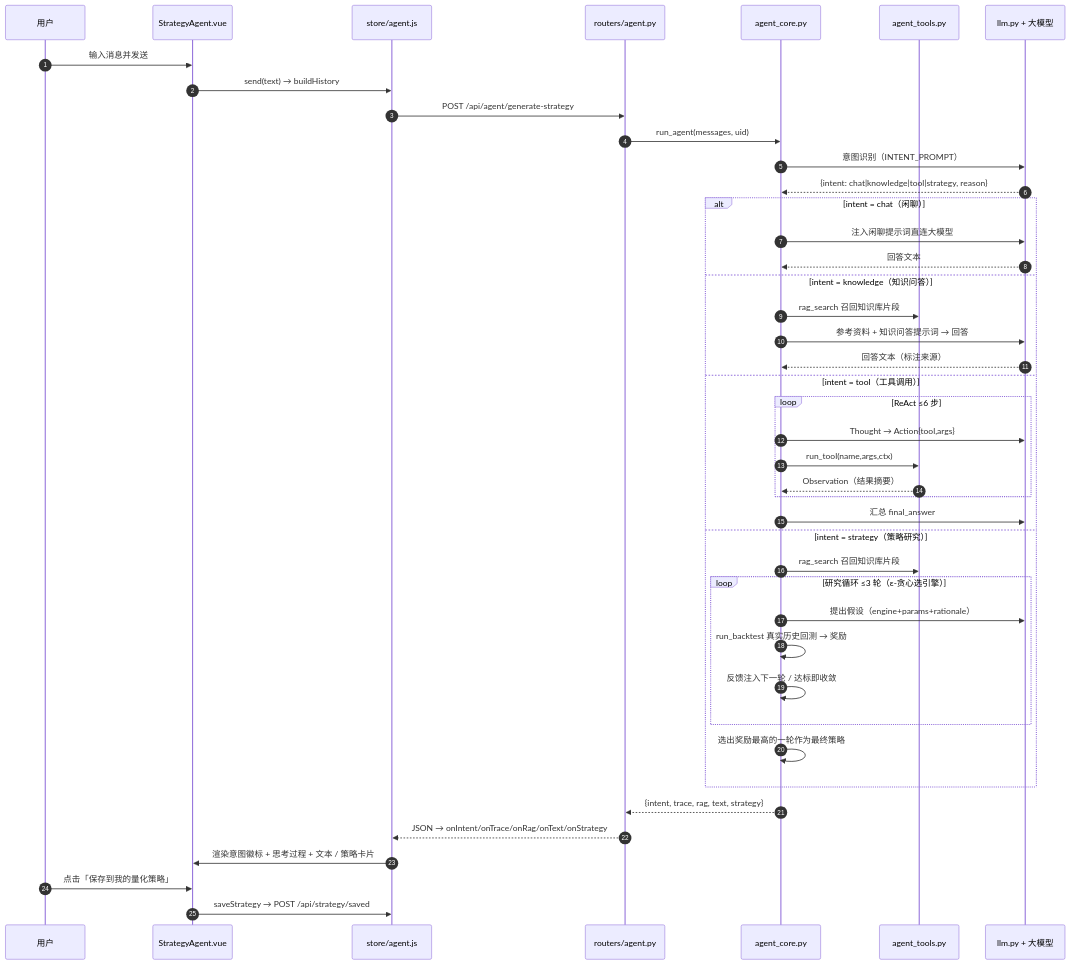
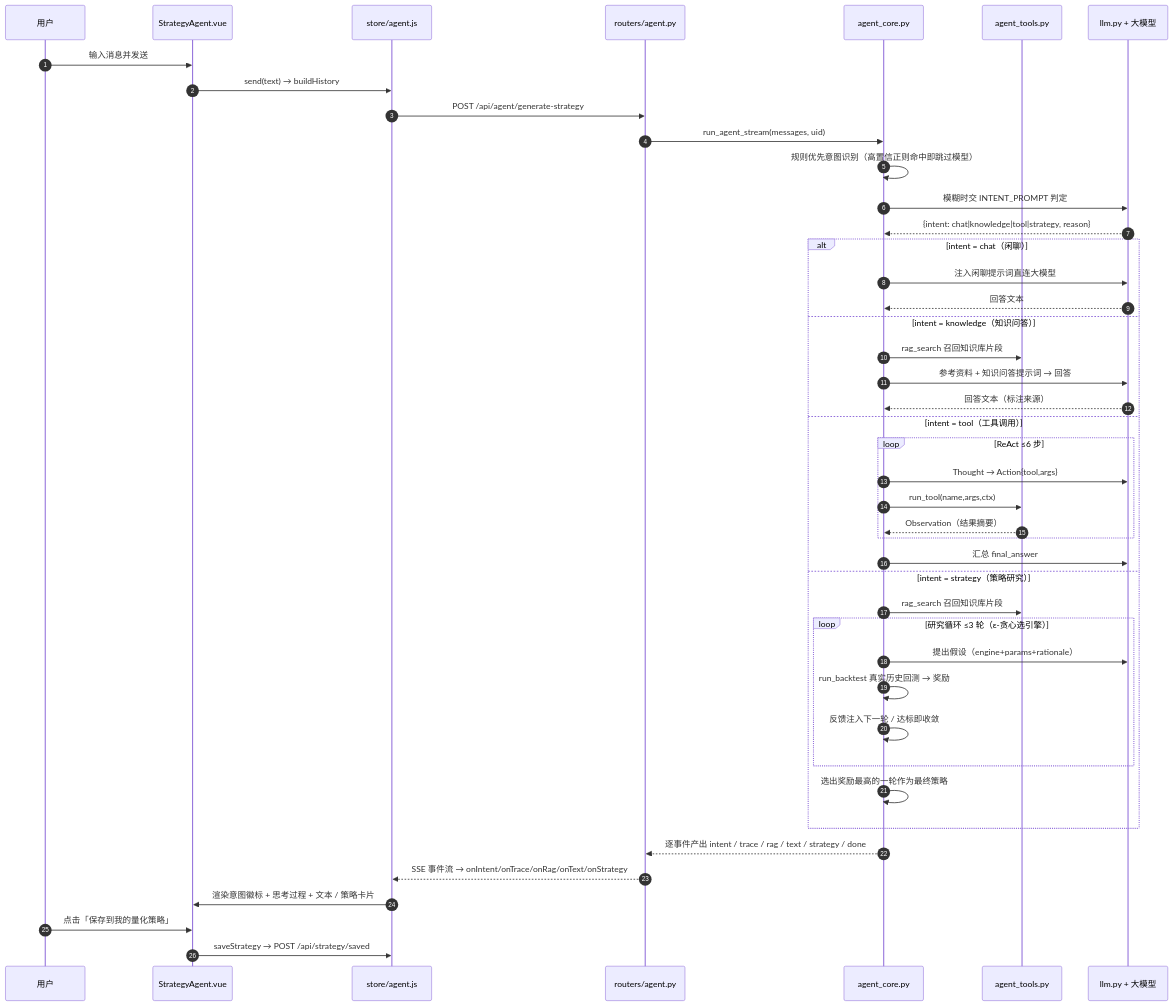
One commit to Song-Yingji/Iktsuarpok changed the sixth of 11 diagrams in README.md. Above: the diagram before and after it, drawn with Mermaid. The commit also changed other lines of this file and 1 other file, not shown here.

````diff
--- a/README.md
+++ b/README.md
@@ -464,46 +466,47 @@
 ```mermaid
 sequenceDiagram
     autonumber
     participant U as 用户
     participant V as StrategyAgent.vue
     participant S as store/agent.js
     participant M as routers/agent.py
     participant C as agent_core.py
     participant T as agent_tools.py
     participant L as llm.py + 大模型
 
     U->>V: 输入消息并发送
     V->>S: send(text) → buildHistory
     S->>M: POST /api/agent/generate-strategy
-    M->>C: run_agent(messages, uid)
-    C->>L: 意图识别（INTENT_PROMPT）
+    M->>C: run_agent_stream(messages, uid)
+    C->>C: 规则优先意图识别（高置信正则命中即跳过模型）
+    C->>L: 模糊时交 INTENT_PROMPT 判定
     L-->>C: {intent: chat|knowledge|tool|strategy, reason}
     alt intent = chat（闲聊）
         C->>L: 注入闲聊提示词直连大模型
         L-->>C: 回答文本
     else intent = knowledge（知识问答）
         C->>T: rag_search 召回知识库片段
         C->>L: 参考资料 + 知识问答提示词 → 回答
         L-->>C: 回答文本（标注来源）
     else intent = tool（工具调用）
         loop ReAct ≤6 步
             C->>L: Thought → Action{tool,args}
             C->>T: run_tool(name,args,ctx)
             T-->>C: Observation（结果摘要）
         end
         C->>L: 汇总 final_answer
     else intent = strategy（策略研究）
         C->>T: rag_search 召回知识库片段
         loop 研究循环 ≤3 轮（ε-贪心选引擎）
             C->>L: 提出假设（engine+params+rationale）
             C->>C: run_backtest 真实历史回测 → 奖励
             C->>C: 反馈注入下一轮 / 达标即收敛
         end
         C->>C: 选出奖励最高的一轮作为最终策略
     end
-    C-->>M: {intent, trace, rag, text, strategy}
-    M-->>S: JSON → onIntent/onTrace/onRag/onText/onStrategy
+    C-->>M: 逐事件产出 intent / trace / rag / text / strategy / done
+    M-->>S: SSE 事件流 → onIntent/onTrace/onRag/onText/onStrategy
     S->>V: 渲染意图徽标 + 思考过程 + 文本 / 策略卡片
     U->>V: 点击「保存到我的量化策略」
     V->>S: saveStrategy → POST /api/strategy/saved
 ```
````
